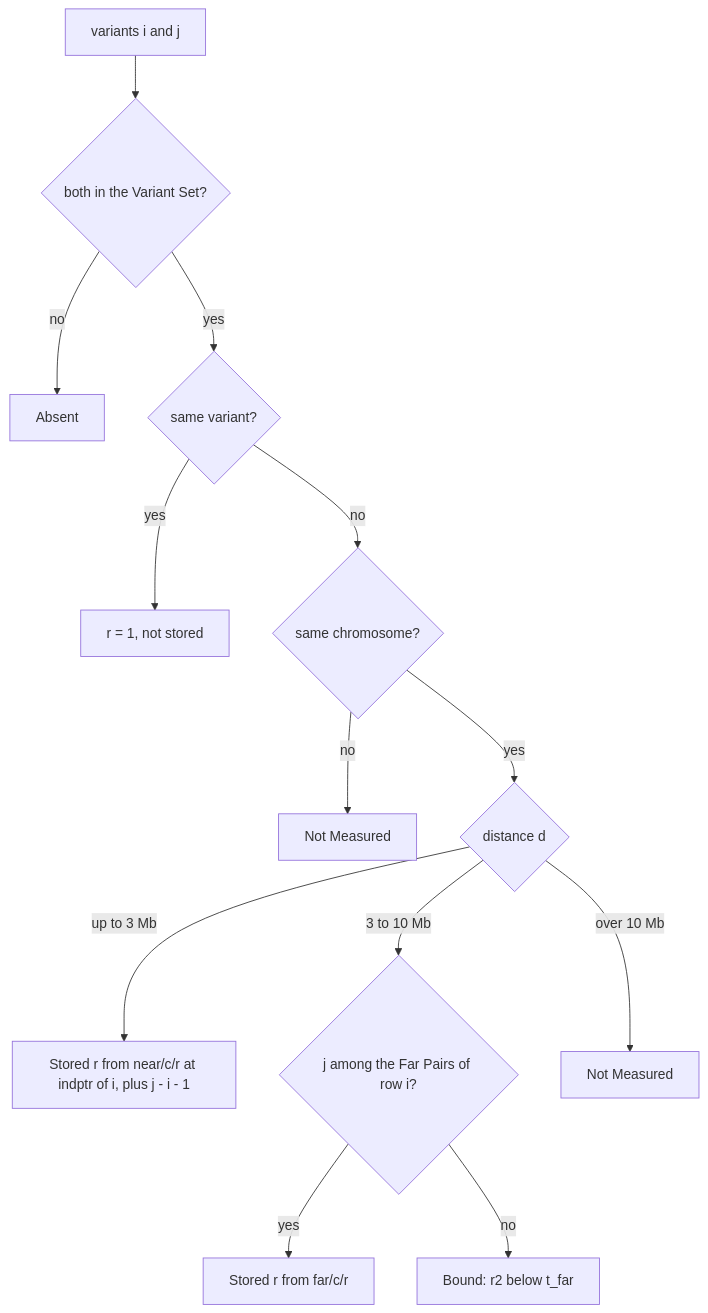
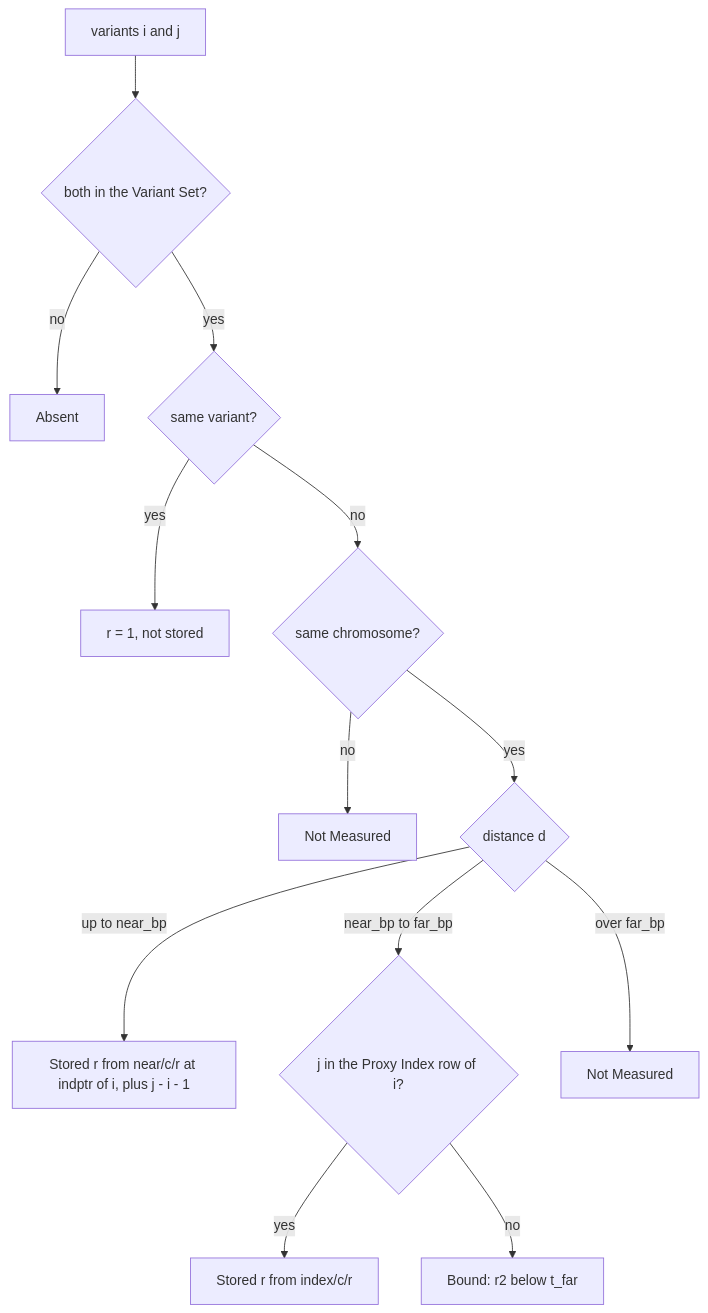
The diagram in docs/spec/ld-store.md (opengwas/opengwasdb), drawn with Mermaid before and after one commit. The commit also changed other lines of this file and 7 other files, not shown here.

````diff
--- a/docs/spec/ld-store.md
+++ b/docs/spec/ld-store.md
@@ -424,15 +458,15 @@
 ```mermaid
 flowchart TD
   A["variants i and j"] --> B{"both in the Variant Set?"}
   B -->|no| ABS["Absent"]
   B -->|yes| C{"same variant?"}
   C -->|yes| ONE["r = 1, not stored"]
   C -->|no| D{"same chromosome?"}
   D -->|no| NM1["Not Measured"]
   D -->|yes| E{"distance d"}
-  E -->|"up to 3 Mb"| NB["Stored r from near/c/r at indptr of i, plus j - i - 1"]
-  E -->|"3 to 10 Mb"| F{"j among the Far Pairs of row i?"}
-  F -->|yes| FP["Stored r from far/c/r"]
+  E -->|"up to near_bp"| NB["Stored r from near/c/r at indptr of i, plus j - i - 1"]
+  E -->|"near_bp to far_bp"| F{"j in the Proxy Index row of i?"}
+  F -->|yes| FP["Stored r from index/c/r"]
   F -->|no| BD["Bound: r2 below t_far"]
-  E -->|"over 10 Mb"| NM2["Not Measured"]
+  E -->|"over far_bp"| NM2["Not Measured"]
 ```
````
